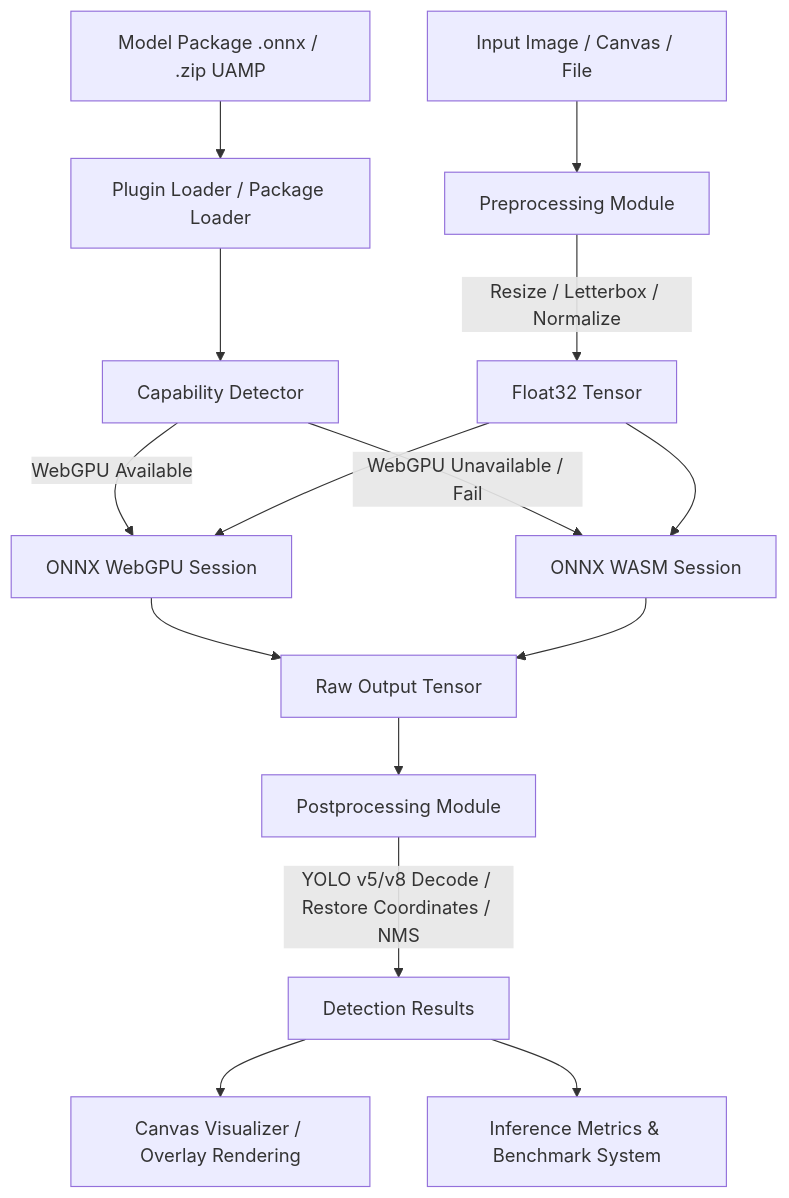
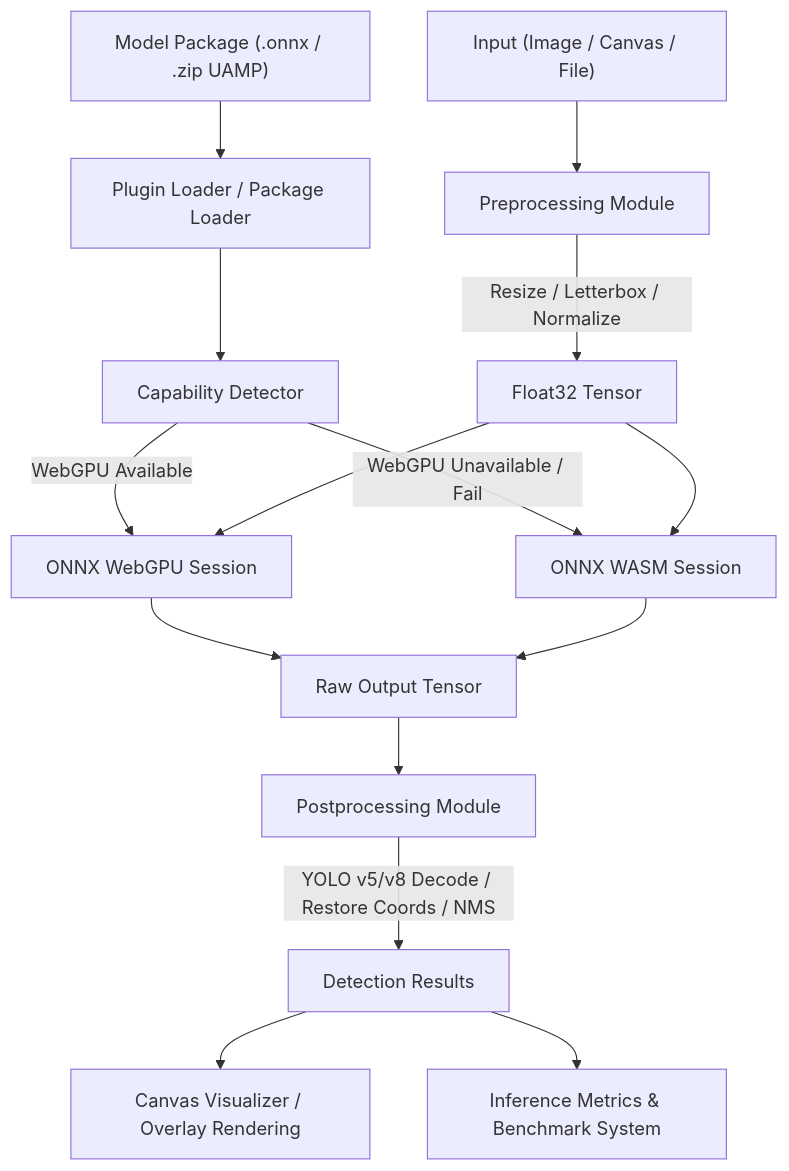
Before and after one commit to FahroziAldinata/InFera-universal-inference-platform: the diagram in README.md, drawn with Mermaid. The commit also changed other lines of this file and 50 other files, not shown here.

````diff
--- a/README.md
+++ b/README.md
@@ -11,23 +19,23 @@
 ```mermaid
 graph TD
-    A[Model Package .onnx / .zip UAMP] --> B[Plugin Loader / Package Loader]
+    A["Model Package (.onnx / .zip UAMP)"] --> B[Plugin Loader / Package Loader]
     B --> C[Capability Detector]
-    
+
     C -->|WebGPU Available| D[ONNX WebGPU Session]
     C -->|WebGPU Unavailable / Fail| E[ONNX WASM Session]
-    
-    F[Input Image / Canvas / File] --> G[Preprocessing Module]
+
+    F["Input (Image / Canvas / File)"] --> G[Preprocessing Module]
     G -->|Resize / Letterbox / Normalize| H[Float32 Tensor]
-    
+
     H --> D
     H --> E
-    
+
     D --> I[Raw Output Tensor]
     E --> I
-    
+
     I --> J[Postprocessing Module]
-    J -->|YOLO v5/v8 Decode / Restore Coordinates / NMS| K[Detection Results]
-    
+    J -->|"YOLO v5/v8 Decode / Restore Coords / NMS"| K[Detection Results]
+
     K --> L[Canvas Visualizer / Overlay Rendering]
     K --> M[Inference Metrics & Benchmark System]
 ```
````
